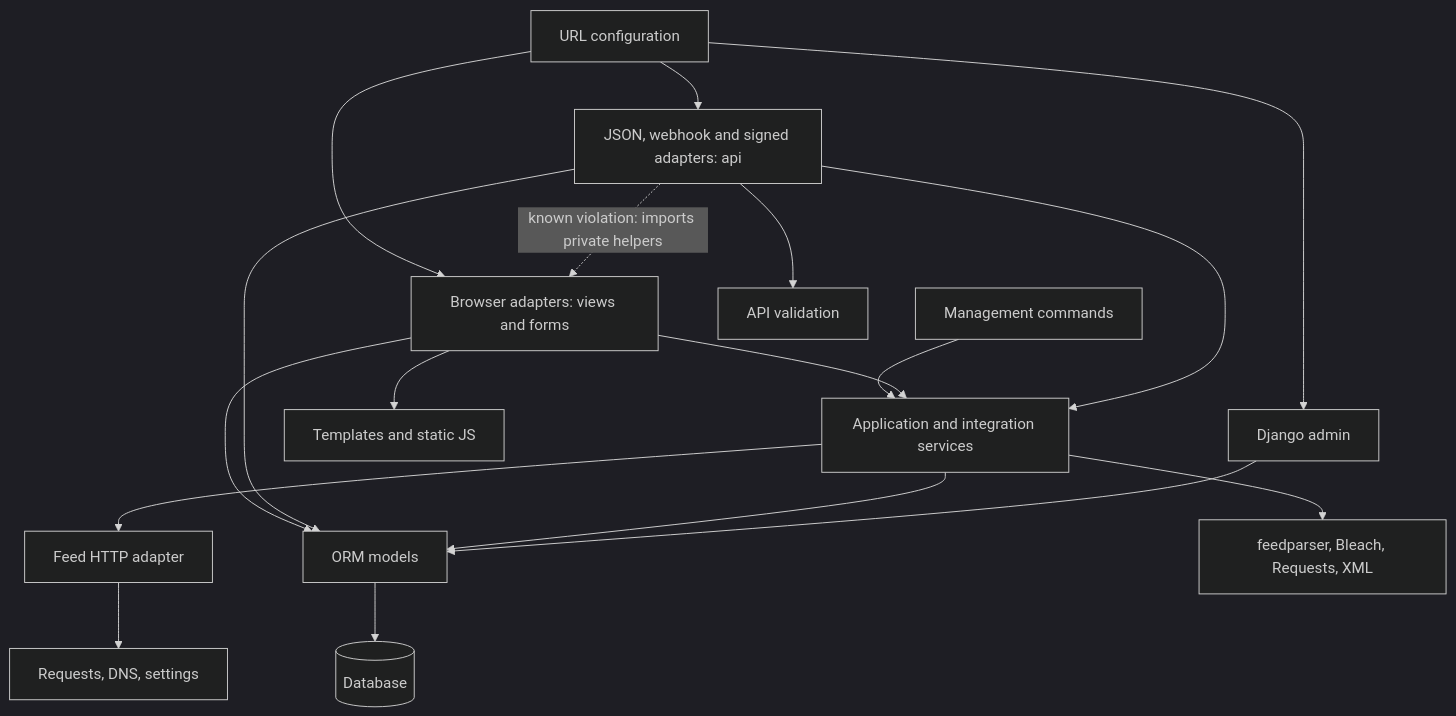
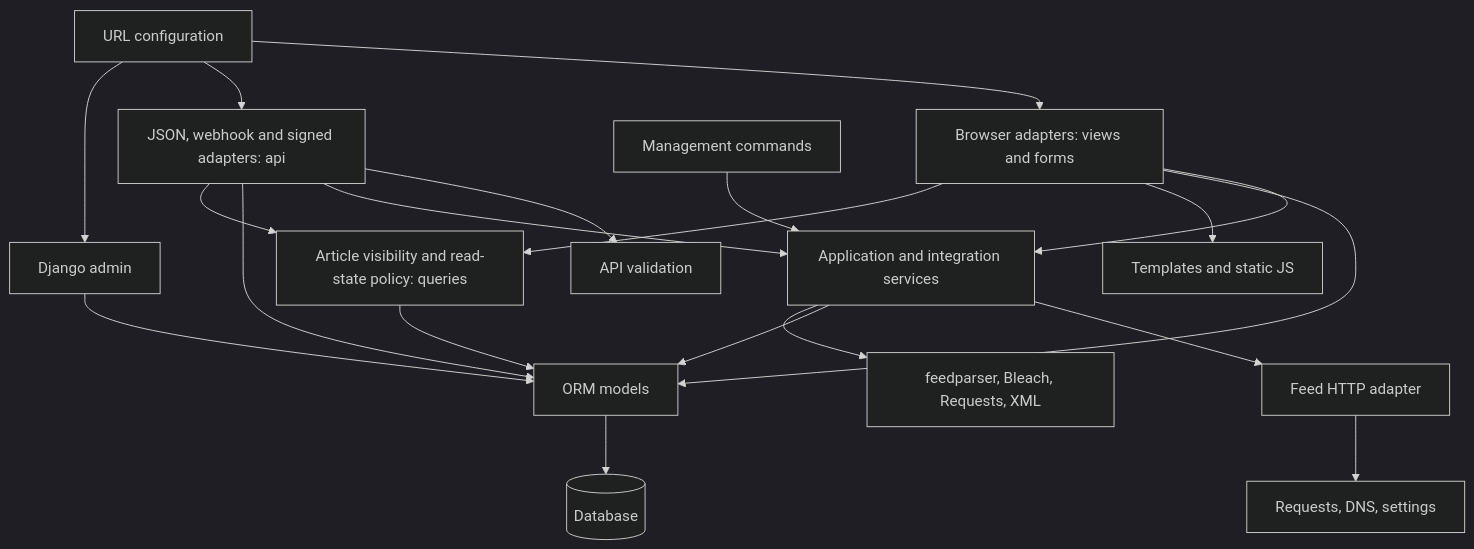
Before and after one commit to feoh/daily-firehose: the third of 12 diagrams in docs/architecture/current-state.md, drawn with Mermaid (dark theme). The commit also changed other lines of this file and 11 other files, not shown here.

First line of the commit message:
Extract shared article visibility and read-state policy

````diff
--- a/docs/architecture/current-state.md
+++ b/docs/architecture/current-state.md
@@ -232,21 +232,23 @@
 ```mermaid
 flowchart TD
     URL["URL configuration"] --> Browser["Browser adapters: views and forms"]
     URL --> API["JSON, webhook and signed adapters: api"]
     URL --> Admin["Django admin"]
     Command["Management commands"] --> Services["Application and integration services"]
     Browser --> Services
     Browser --> Models["ORM models"]
     API --> Validation["API validation"]
     API --> Services
     API --> Models
     Services --> Fetch["Feed HTTP adapter"]
     Services --> Models
     Services --> External["feedparser, Bleach, Requests, XML"]
     Fetch --> Requests["Requests, DNS, settings"]
     Models --> DB[("Database")]
     Browser --> Templates["Templates and static JS"]
     Admin --> Models
 
-    API -. "known violation: imports private helpers" .-> Browser
+    Browser --> Queries["Article visibility and read-state policy: queries"]
+    API --> Queries
+    Queries --> Models
 ```
````
